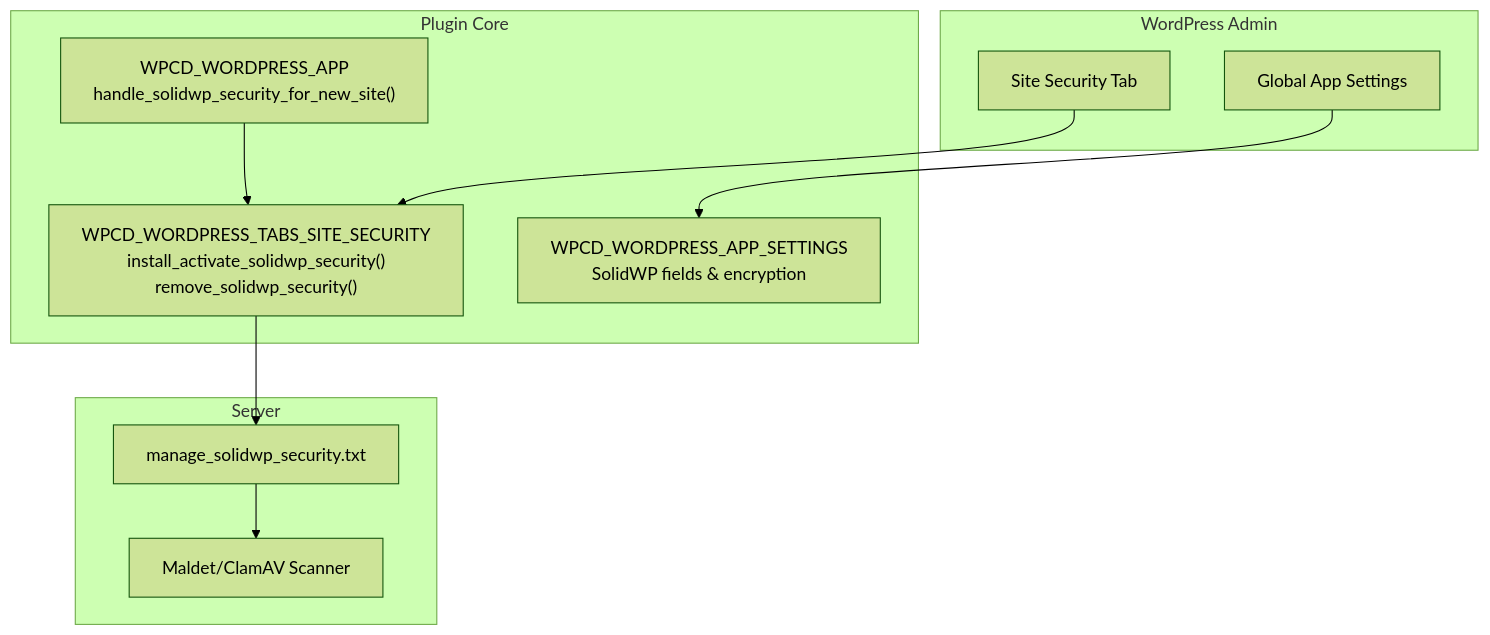
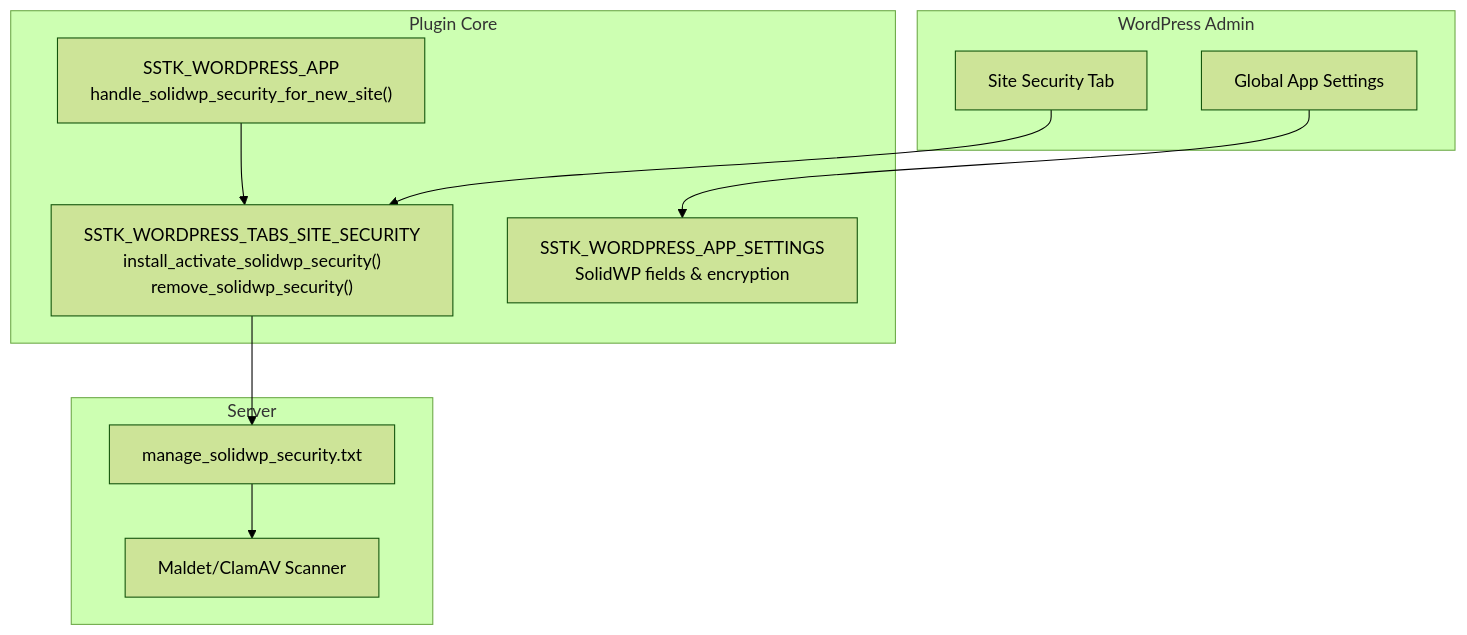
Before and after one commit to onedogsolutions/simple-stack: the first of 5 diagrams in .qoder/repowiki/en/content/Operational Tools/Security Hardening Tools/WordPress Security Hardening.md, drawn with Mermaid (forest theme). The commit also changed other lines of this file and 5941 other files, not shown here.

````diff
--- a/.qoder/repowiki/en/content/Operational Tools/Security Hardening Tools/WordPress Security Hardening.md
+++ b/.qoder/repowiki/en/content/Operational Tools/Security Hardening Tools/WordPress Security Hardening.md
@@ -37,21 +37,21 @@
 ```mermaid
 graph TB
 subgraph "WordPress Admin"
 UI["Site Security Tab"]
 Settings["Global App Settings"]
 end
 subgraph "Plugin Core"
-SecTab["WPCD_WORDPRESS_TABS_SITE_SECURITY<br/>install_activate_solidwp_security()<br/>remove_solidwp_security()"]
-AppSettings["WPCD_WORDPRESS_APP_SETTINGS<br/>SolidWP fields & encryption"]
-AppCore["WPCD_WORDPRESS_APP<br/>handle_solidwp_security_for_new_site()"]
+SecTab["SSTK_WORDPRESS_TABS_SITE_SECURITY<br/>install_activate_solidwp_security()<br/>remove_solidwp_security()"]
+AppSettings["SSTK_WORDPRESS_APP_SETTINGS<br/>SolidWP fields & encryption"]
+AppCore["SSTK_WORDPRESS_APP<br/>handle_solidwp_security_for_new_site()"]
 end
 subgraph "Server"
 Script["manage_solidwp_security.txt"]
 Malware["Maldet/ClamAV Scanner"]
 end
 UI --> SecTab
 Settings --> AppSettings
 AppCore --> SecTab
 SecTab --> Script
 Script --> Malware
 ```
````
